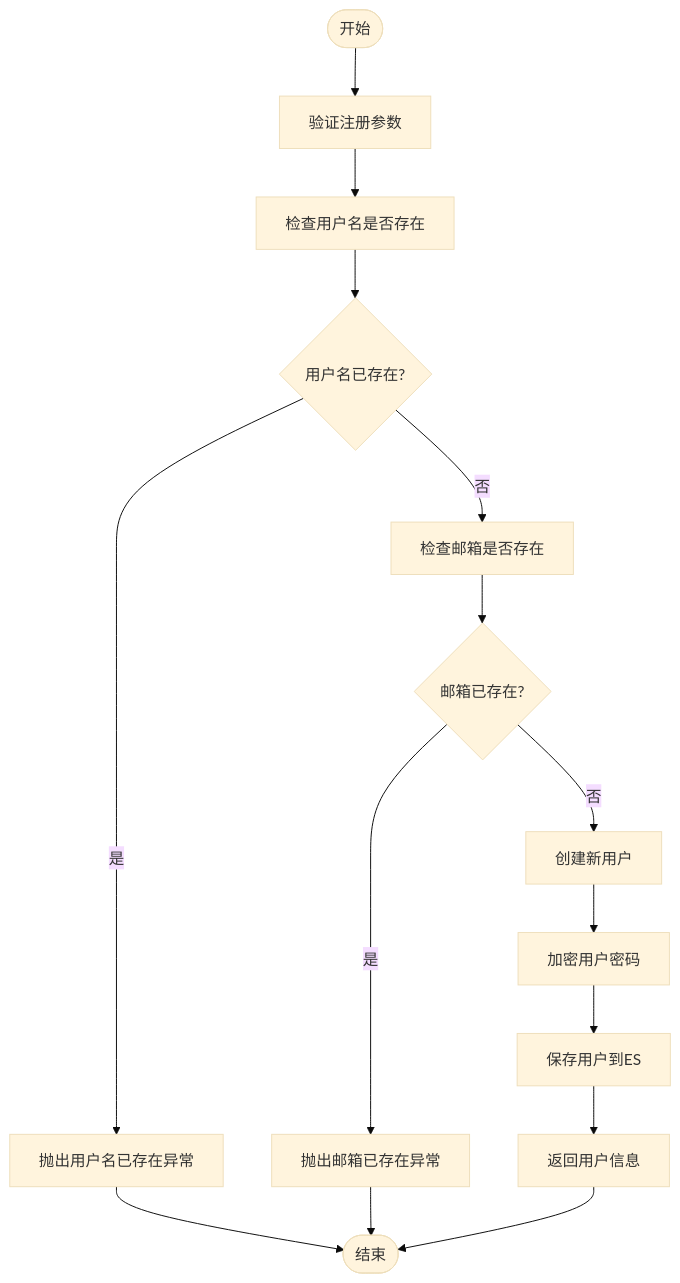
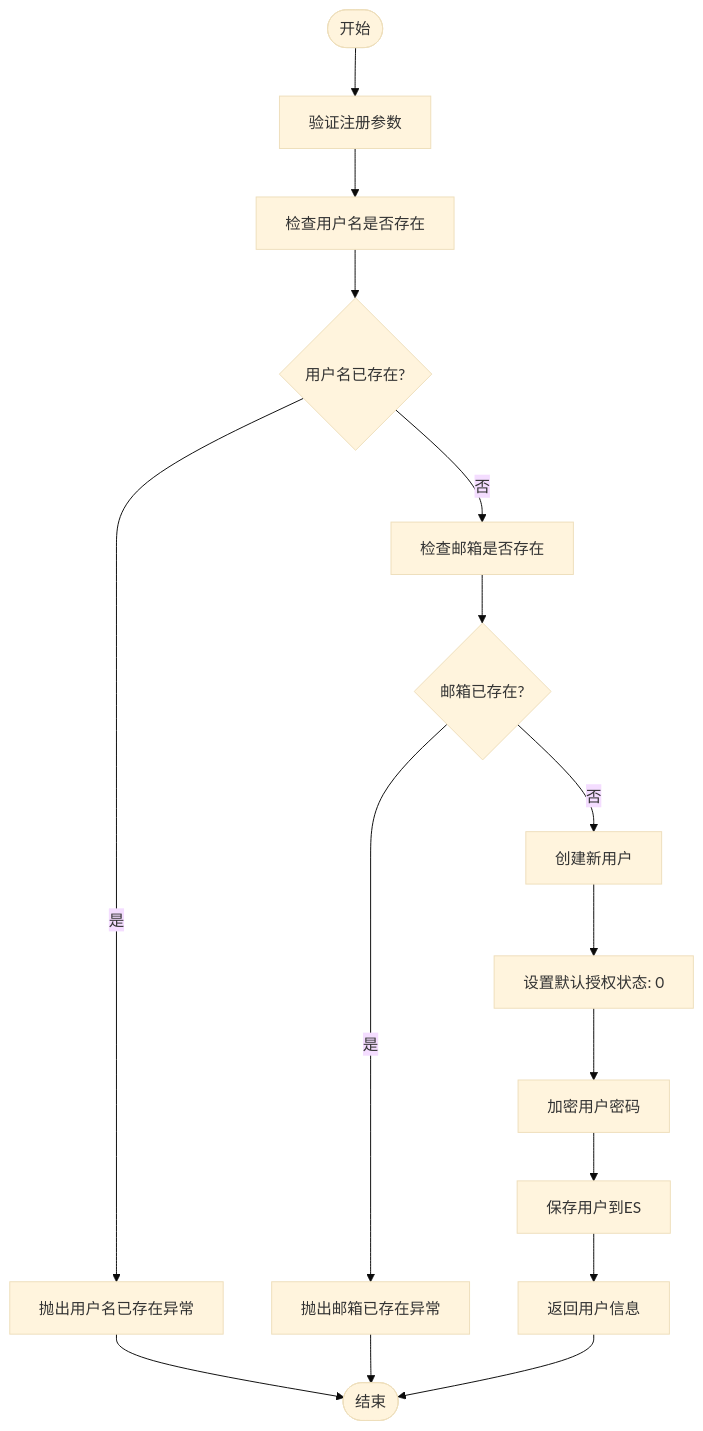
One commit to 20164206160/zhishilu changed the fifth of 19 diagrams in .qoder/repowiki/zh/content/用户管理系统/用户管理系统.md. Above: the diagram before and after it, drawn with Mermaid (base theme). The commit also changed other lines of this file and 11 other files, not shown here.

````diff
--- a/.qoder/repowiki/zh/content/用户管理系统/用户管理系统.md
+++ b/.qoder/repowiki/zh/content/用户管理系统/用户管理系统.md
@@ -238,17 +277,18 @@
 ```mermaid
 flowchart TD
 Start([开始]) --> ValidateRegister["验证注册参数"]
 ValidateRegister --> CheckUsername["检查用户名是否存在"]
 CheckUsername --> UsernameExists{"用户名已存在?"}
 UsernameExists --> |是| ThrowUsernameError["抛出用户名已存在异常"]
 UsernameExists --> |否| CheckEmail["检查邮箱是否存在"]
 CheckEmail --> EmailExists{"邮箱已存在?"}
 EmailExists --> |是| ThrowEmailError["抛出邮箱已存在异常"]
 EmailExists --> |否| CreateNewUser["创建新用户"]
-CreateNewUser --> EncryptPassword["加密用户密码"]
+CreateNewUser --> SetDefaultAuthorized["设置默认授权状态: 0"]
+SetDefaultAuthorized --> EncryptPassword["加密用户密码"]
 EncryptPassword --> SaveUser["保存用户到ES"]
 SaveUser --> ReturnUser["返回用户信息"]
 ThrowUsernameError --> End([结束])
 ThrowEmailError --> End
 ReturnUser --> End
 ```
````
